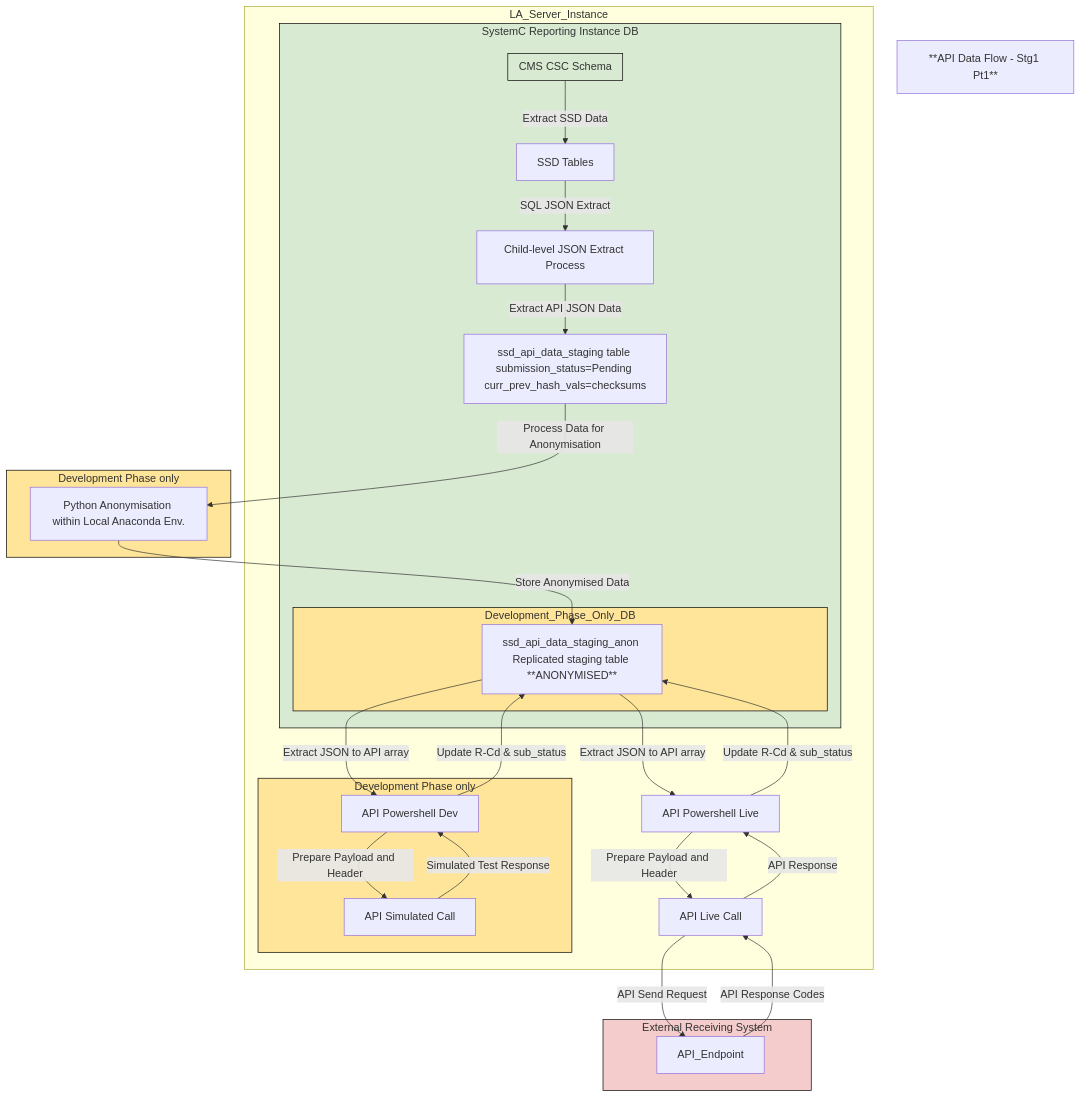
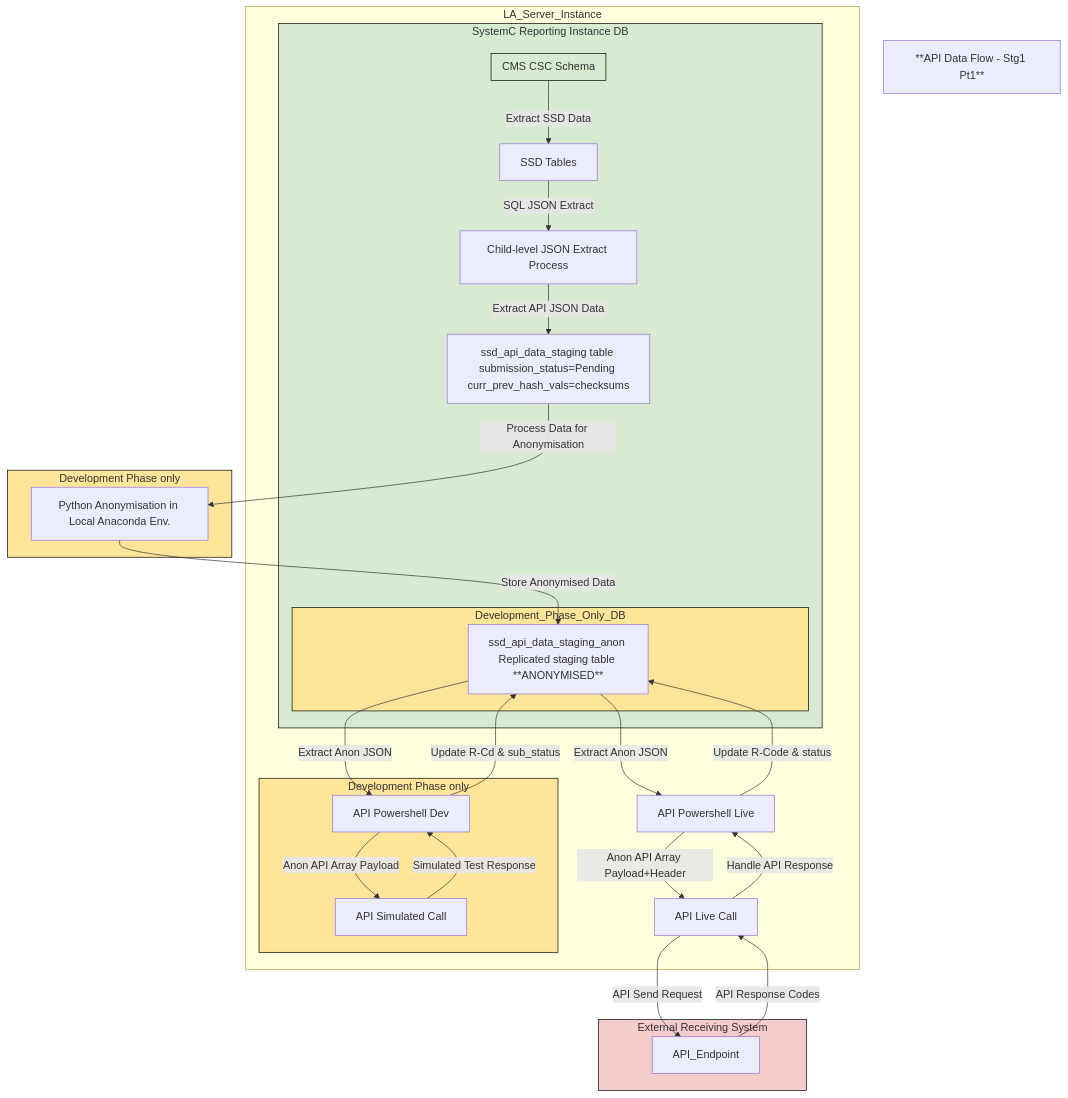
The third of 5 diagrams in docs/development_plan.md (data-to-insight/dfe-csc-api-data-flows), drawn with Mermaid before and after one commit. The commit also changed other lines of this file and 23 other files, not shown here.

```diff
--- a/docs/development_plan.md
+++ b/docs/development_plan.md
@@ -180,10 +171,10 @@
             end
         end
 
-    API_Powershell_Live -->|Prepare Payload and Header| API_External["API Live Call"]
+    API_Powershell_Live -->|Anon API Array Payload+Header| API_External["API Live Call"]
     
         subgraph Development_Phase_Only_API ["Development Phase only"]
-            API_Powershell_Dev -->|Prepare Payload and Header| API_Simulated["API Simulated Call"]
+            API_Powershell_Dev -->|Anon API Array Payload| API_Simulated["API Simulated Call"]
         
         end
     end
@@ -196,25 +187,25 @@
         API_Endpoint -->|API Response Codes| API_External
     %% API Processing (Inside LA Server)
     
-        SSD_Staging_Anon -->|Extract JSON to API array | API_Powershell_Live["API Powershell Live"]
-        SSD_Staging_Anon -->|Extract JSON to API array | API_Powershell_Dev["API Powershell Dev"]
+        SSD_Staging_Anon -->|Extract Anon JSON | API_Powershell_Live["API Powershell Live"]
+        SSD_Staging_Anon -->|Extract Anon JSON | API_Powershell_Dev["API Powershell Dev"]
     end
 
 
     %% Ensure the return flow is fully outside LA_Server_Instance
 
     API_Simulated -->|Simulated Test Response| API_Powershell_Dev
-    API_External -->|API Response| API_Powershell_Live
+    API_External -->|Handle API Response| API_Powershell_Live
     API_Powershell_Dev -->|Update R-Cd & sub_status| SSD_Staging_Anon
 
-    API_Powershell_Live -->|Update R-Cd & sub_status| SSD_Staging_Anon
+    API_Powershell_Live -->|Update R-Code & status| SSD_Staging_Anon
 
 
 
 
     %% Local Anaconda Environment for Python Processing
     subgraph Development_Phase_Only_Py ["Development Phase only"]
-        Python_Anon["Python Anonymisation within Local Anaconda Env."]
+        Python_Anon["Python Anonymisation in Local Anaconda Env."]
     end
 
     %% Anonymisation Flow (now separated)
```
